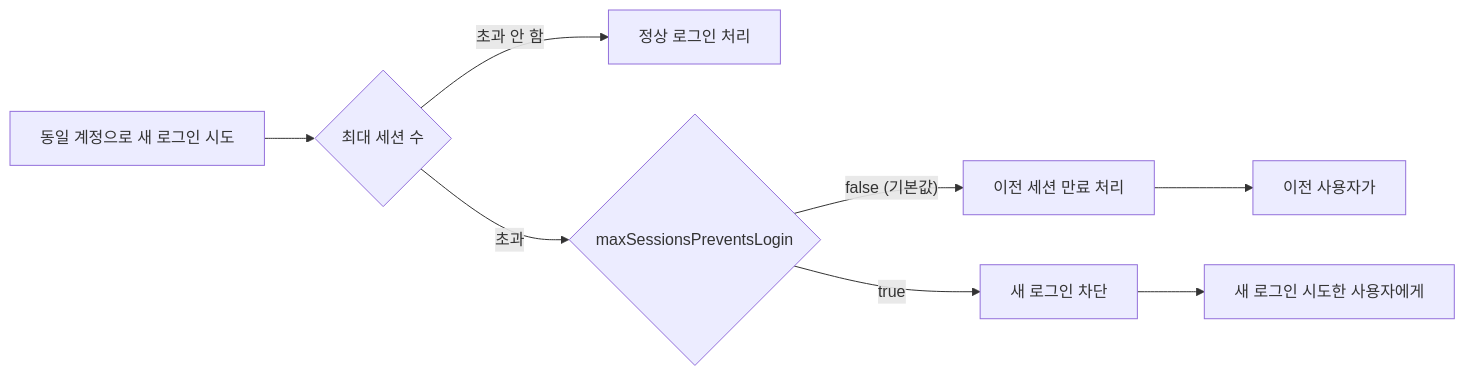
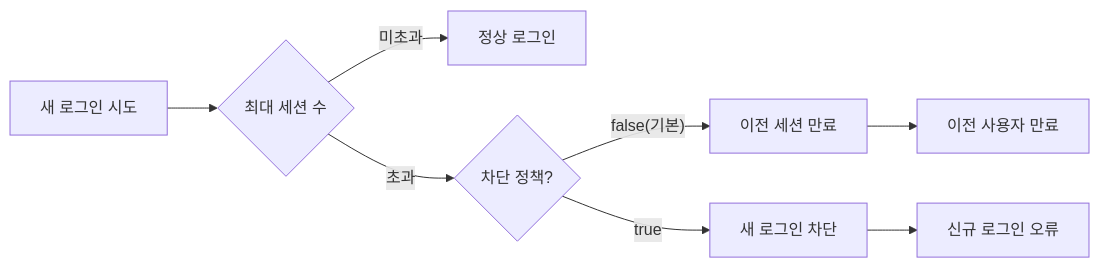
Before and after one commit to yjkim2015/yjkim2015.github.io: the first of 2 diagrams in _posts/security/2021-02-02-동시 세션제어.md, drawn with Mermaid. The commit also changed 245 other files, not shown here.

First line of the commit message:
Mermaid 다이어그램 전면 수정 + 면접 포인트 접기/펼치기 + DB 데드락 페이지

````diff
--- a/_posts/security/2021-02-02-동시 세션제어.md
+++ b/_posts/security/2021-02-02-동시 세션제어.md
@@ -22,10 +22,10 @@
 ```mermaid
 flowchart LR
-    A["동일 계정으로 새 로그인 시도"] --> B{"최대 세션 수"}
-    B -- "초과 안 함" --> C["정상 로그인 처리"]
-    B -- "초과" --> D{"maxSessionsPreventsLogin"}
-    D -- "false (기본값)" --> E["이전 세션 만료 처리"]
+    A["새 로그인 시도"] --> B{"최대 세션 수"}
+    B -- "미초과" --> C["정상 로그인"]
+    B -- "초과" --> D{"차단 정책?"}
+    D -- "false(기본)" --> E["이전 세션 만료"]
     D -- "true" --> F["새 로그인 차단"]
-    E --> G["이전 사용자가"]
-    F --> H["새 로그인 시도한 사용자에게"]
+    E --> G["이전 사용자 만료"]
+    F --> H["신규 로그인 오류"]
 ```
````
